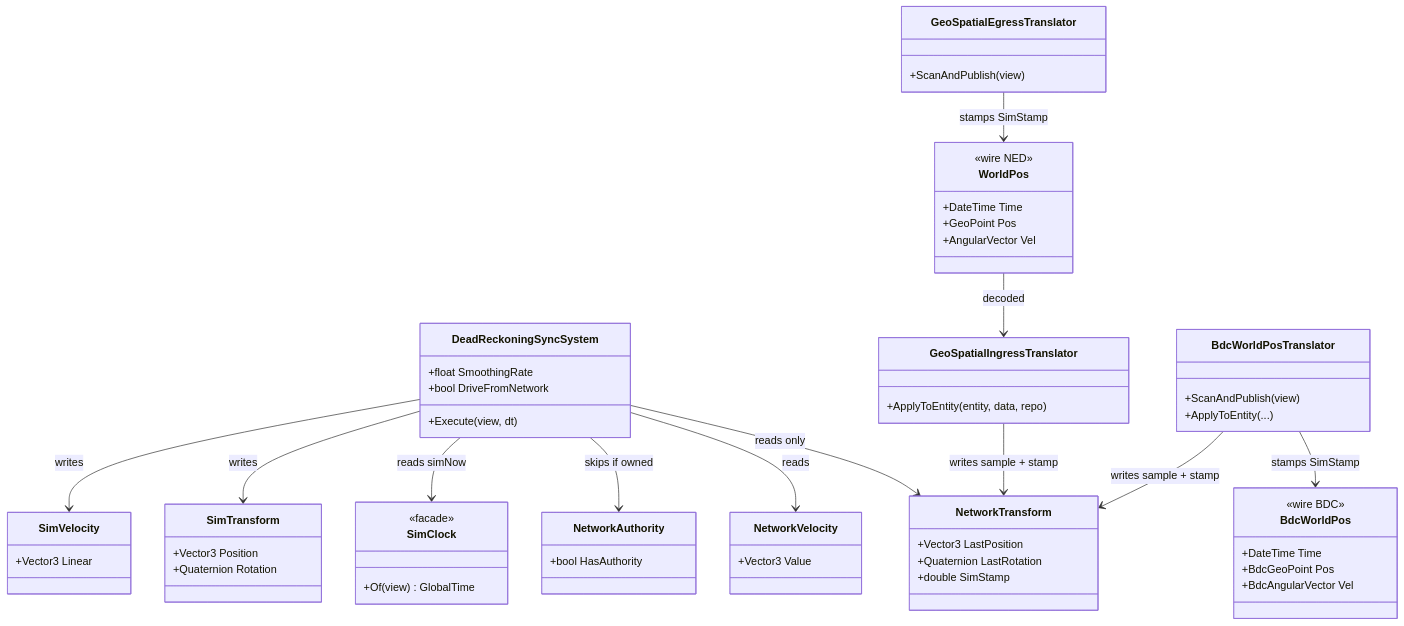
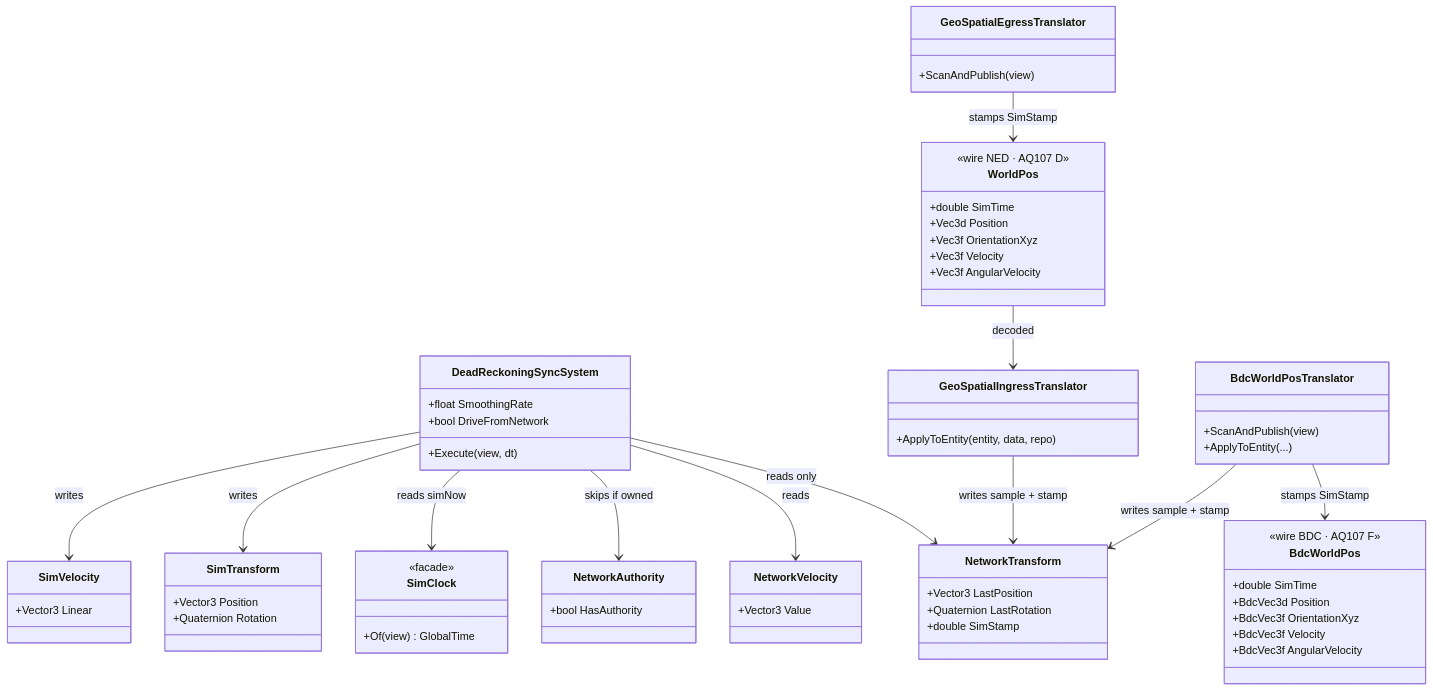
Before and after one commit to pjanec/HROT: the first of 4 diagrams in docs/DESIGN_Dead_Reckoning.md, drawn with Mermaid. The commit also changed other lines of this file and 59 other files, not shown here.

````diff
--- a/docs/DESIGN_Dead_Reckoning.md
+++ b/docs/DESIGN_Dead_Reckoning.md
@@ -75,64 +75,68 @@
 ```mermaid
 classDiagram
     class SimTransform {
         +Vector3 Position
         +Quaternion Rotation
     }
     class SimVelocity {
         +Vector3 Linear
     }
     class NetworkTransform {
         +Vector3 LastPosition
         +Quaternion LastRotation
         +double SimStamp
     }
     class NetworkVelocity {
         +Vector3 Value
     }
     class NetworkAuthority {
         +bool HasAuthority
     }
     class DeadReckoningSyncSystem {
         +float SmoothingRate
         +bool DriveFromNetwork
         +Execute(view, dt)
     }
     class WorldPos {
-        <<wire NED>>
-        +DateTime Time
-        +GeoPoint Pos
-        +AngularVector Vel
+        <<wire NED · AQ107 D>>
+        +double SimTime
+        +Vec3d Position
+        +Vec3f OrientationXyz
+        +Vec3f Velocity
+        +Vec3f AngularVelocity
     }
     class BdcWorldPos {
-        <<wire BDC>>
-        +DateTime Time
-        +BdcGeoPoint Pos
-        +BdcAngularVector Vel
+        <<wire BDC · AQ107 F>>
+        +double SimTime
+        +BdcVec3d Position
+        +BdcVec3f OrientationXyz
+        +BdcVec3f Velocity
+        +BdcVec3f AngularVelocity
     }
     class GeoSpatialEgressTranslator {
         +ScanAndPublish(view)
     }
     class GeoSpatialIngressTranslator {
         +ApplyToEntity(entity, data, repo)
     }
     class BdcWorldPosTranslator {
         +ScanAndPublish(view)
         +ApplyToEntity(...)
     }
     class SimClock {
         <<facade>>
         +Of(view) GlobalTime
     }
 
     GeoSpatialEgressTranslator --> WorldPos : stamps SimStamp
     BdcWorldPosTranslator --> BdcWorldPos : stamps SimStamp
     WorldPos --> GeoSpatialIngressTranslator : decoded
     GeoSpatialIngressTranslator --> NetworkTransform : writes sample + stamp
     BdcWorldPosTranslator --> NetworkTransform : writes sample + stamp
     DeadReckoningSyncSystem --> NetworkTransform : reads only
     DeadReckoningSyncSystem --> NetworkVelocity : reads
     DeadReckoningSyncSystem --> NetworkAuthority : skips if owned
     DeadReckoningSyncSystem --> SimClock : reads simNow
     DeadReckoningSyncSystem --> SimTransform : writes
     DeadReckoningSyncSystem --> SimVelocity : writes
 ```
````
